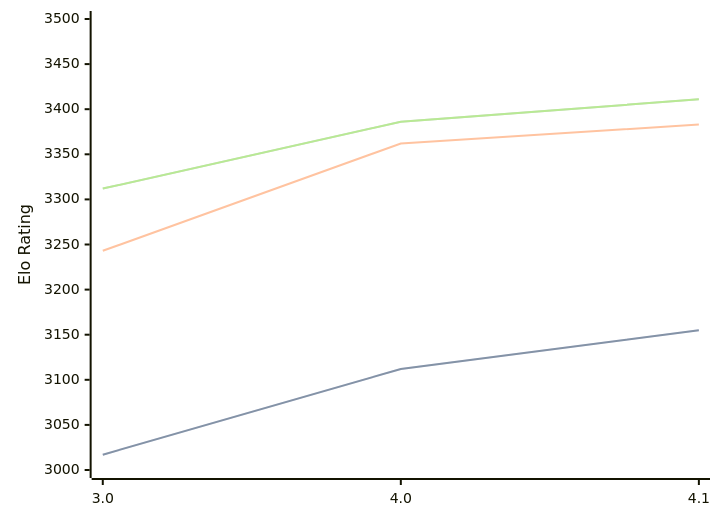
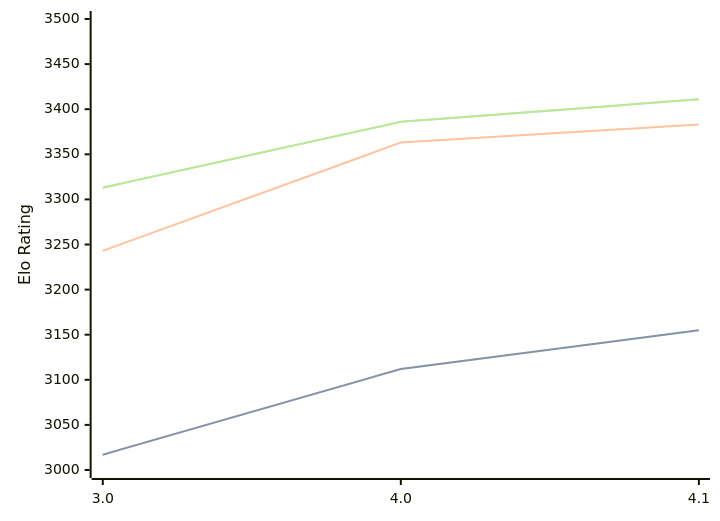
The diagram in engines/Eleanor.md (computer-chess-index/cci), drawn with Mermaid before and after one commit. The commit also changed other lines of this file, not shown here.

Commit message:
Update CCI Ratings (ELO VLTC) - 2026-08-17

````diff
--- a/engines/Eleanor.md
+++ b/engines/Eleanor.md
@@ -33,11 +33,11 @@
 ```mermaid
 %%{init: {"theme":"base","themeVariables":{"seriesColors:['#a3a3a3','#222221','#faa371']}}}%%
 xychart-beta
   x-axis ["3.0", "4.0", "4.1"]
   y-axis "Elo Rating" 3000 --> 3500
   line "STC (8.0+0.08s)" [3017, 3112, 3155]
   line "STC (8.0+0.08s)" [3017, 3112, 3155]
-  line "LTC (60.0+0.60s)" [3243, 3362, 3383]
-  line "VLTC (2m24s+1.12s)" [3312, 3386, 3411]
-  line "VLTC (2m24s+1.12s)" [3312, 3386, 3411]
+  line "LTC (60.0+0.60s)" [3243, 3363, 3383]
+  line "VLTC (2m24s+1.12s)" [3313, 3386, 3411]
+  line "VLTC (2m24s+1.12s)" [3313, 3386, 3411]
 ```
````
